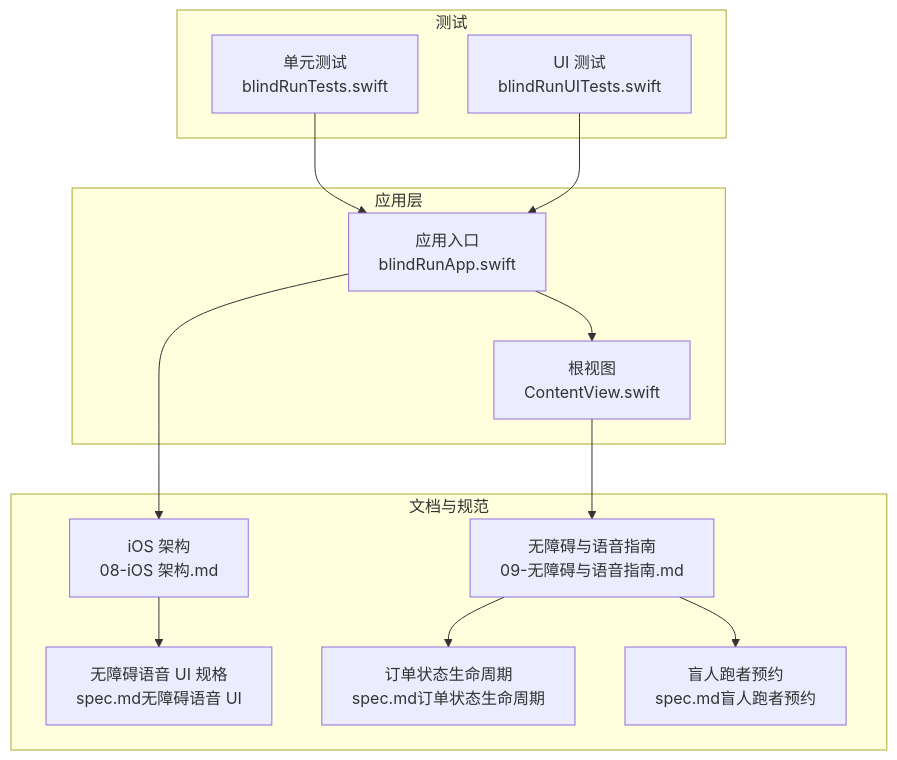
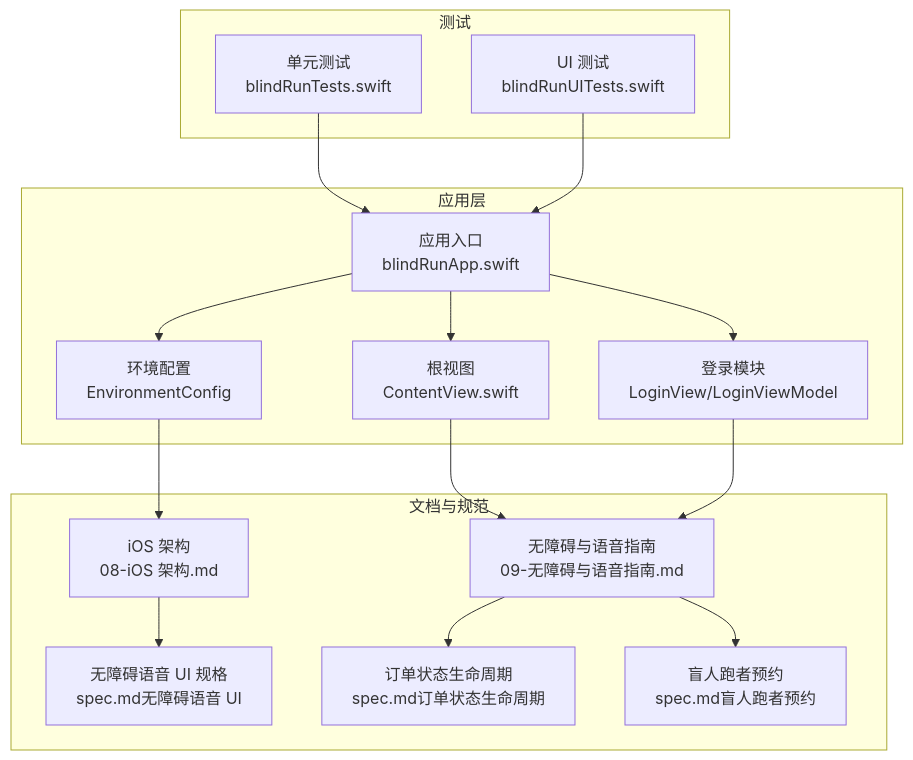
The first of 3 diagrams in .qoder/repowiki/zh/content/核心功能模块/无障碍语音系统.md (Jayden23018/blind-run-ios), drawn with Mermaid before and after one commit. The commit also changed other lines of this file and 14 other files, not shown here.

Commit message:
Improve blind runner booking map and speech input flows

````diff
--- a/.qoder/repowiki/zh/content/核心功能模块/无障碍语音系统.md
+++ b/.qoder/repowiki/zh/content/核心功能模块/无障碍语音系统.md
@@ -42,26 +56,31 @@
 ```mermaid
 graph TB
 subgraph "应用层"
 App["应用入口<br/>blindRunApp.swift"]
 Content["根视图<br/>ContentView.swift"]
+Login["登录模块<br/>LoginView/LoginViewModel"]
+Env["环境配置<br/>EnvironmentConfig"]
 end
 subgraph "文档与规范"
 Doc1["iOS 架构<br/>08-iOS 架构.md"]
 Doc2["无障碍与语音指南<br/>09-无障碍与语音指南.md"]
 Spec1["无障碍语音 UI 规格<br/>spec.md无障碍语音 UI"]
 Spec2["订单状态生命周期<br/>spec.md订单状态生命周期"]
 Spec3["盲人跑者预约<br/>spec.md盲人跑者预约"]
 end
 subgraph "测试"
 UT["单元测试<br/>blindRunTests.swift"]
 UIT["UI 测试<br/>blindRunUITests.swift"]
 end
 App --> Content
-App --> Doc1
+App --> Login
+App --> Env
 Content --> Doc2
+Login --> Doc2
+Env --> Doc1
 Doc1 --> Spec1
 Doc2 --> Spec2
 Doc2 --> Spec3
 UT --> App
 UIT --> App
 ```
````
